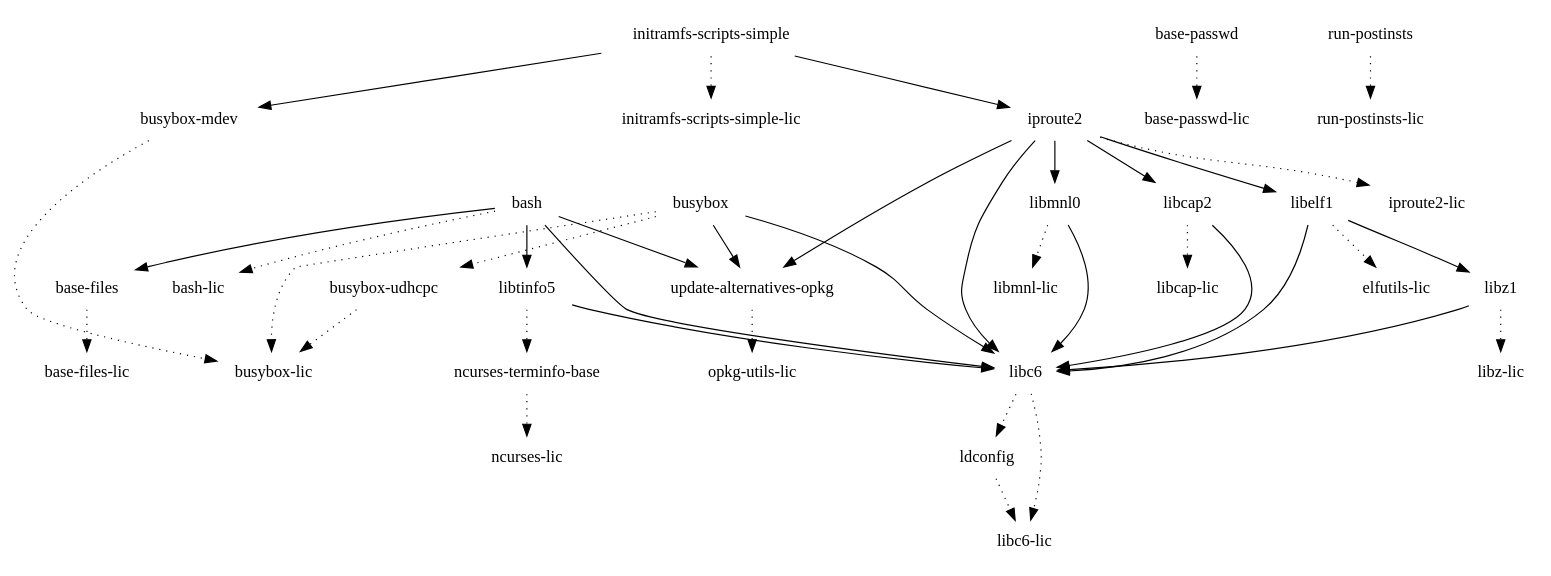
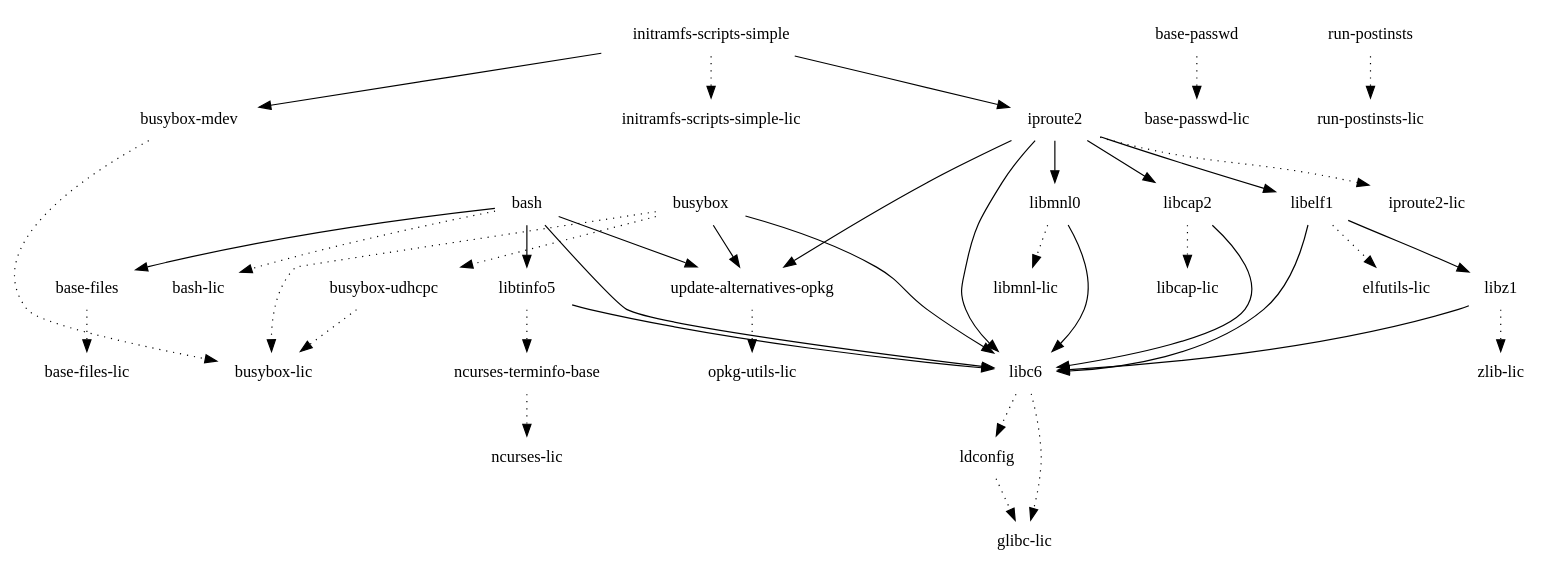
The diagram in images/pinephone/glibc/initramfs-uboot-image/depends-nokernel.dot (webOS-ports/buildhistory), drawn with Graphviz before and after one commit. The commit also changed 45 other files, not shown here.

```diff
--- a/images/pinephone/glibc/initramfs-uboot-image/depends-nokernel.dot
+++ b/images/pinephone/glibc/initramfs-uboot-image/depends-nokernel.dot
@@ -1,42 +1,42 @@
 digraph depends {
     node [shape=plaintext]
 "base-files" -> "base-files-lic" [style=dotted]
 "base-passwd" -> "base-passwd-lic" [style=dotted]
 "bash" -> "base-files"
 "bash" -> "bash-lic" [style=dotted]
 "bash" -> "libc6"
 "bash" -> "libtinfo5"
 "bash" -> "update-alternatives-opkg"
 "busybox" -> "busybox-lic" [style=dotted]
 "busybox" -> "busybox-udhcpc" [style=dotted]
 "busybox" -> "libc6"
 "busybox-mdev" -> "busybox-lic" [style=dotted]
 "busybox-udhcpc" -> "busybox-lic" [style=dotted]
 "busybox" -> "update-alternatives-opkg"
 "initramfs-scripts-simple" -> "busybox-mdev"
 "initramfs-scripts-simple" -> "initramfs-scripts-simple-lic" [style=dotted]
 "initramfs-scripts-simple" -> "iproute2"
 "iproute2" -> "iproute2-lic" [style=dotted]
 "iproute2" -> "libc6"
 "iproute2" -> "libcap2"
 "iproute2" -> "libelf1"
 "iproute2" -> "libmnl0"
 "iproute2" -> "update-alternatives-opkg"
-"ldconfig" -> "libc6-lic" [style=dotted]
+"ldconfig" -> "glibc-lic" [style=dotted]
+"libc6" -> "glibc-lic" [style=dotted]
 "libc6" -> "ldconfig" [style=dotted]
-"libc6" -> "libc6-lic" [style=dotted]
 "libcap2" -> "libc6"
 "libcap2" -> "libcap-lic" [style=dotted]
 "libelf1" -> "elfutils-lic" [style=dotted]
 "libelf1" -> "libc6"
 "libelf1" -> "libz1"
 "libmnl0" -> "libc6"
 "libmnl0" -> "libmnl-lic" [style=dotted]
 "libtinfo5" -> "libc6"
 "libtinfo5" -> "ncurses-terminfo-base" [style=dotted]
 "libz1" -> "libc6"
-"libz1" -> "libz-lic" [style=dotted]
+"libz1" -> "zlib-lic" [style=dotted]
 "ncurses-terminfo-base" -> "ncurses-lic" [style=dotted]
 "run-postinsts" -> "run-postinsts-lic" [style=dotted]
 "update-alternatives-opkg" -> "opkg-utils-lic" [style=dotted]
 }
```
